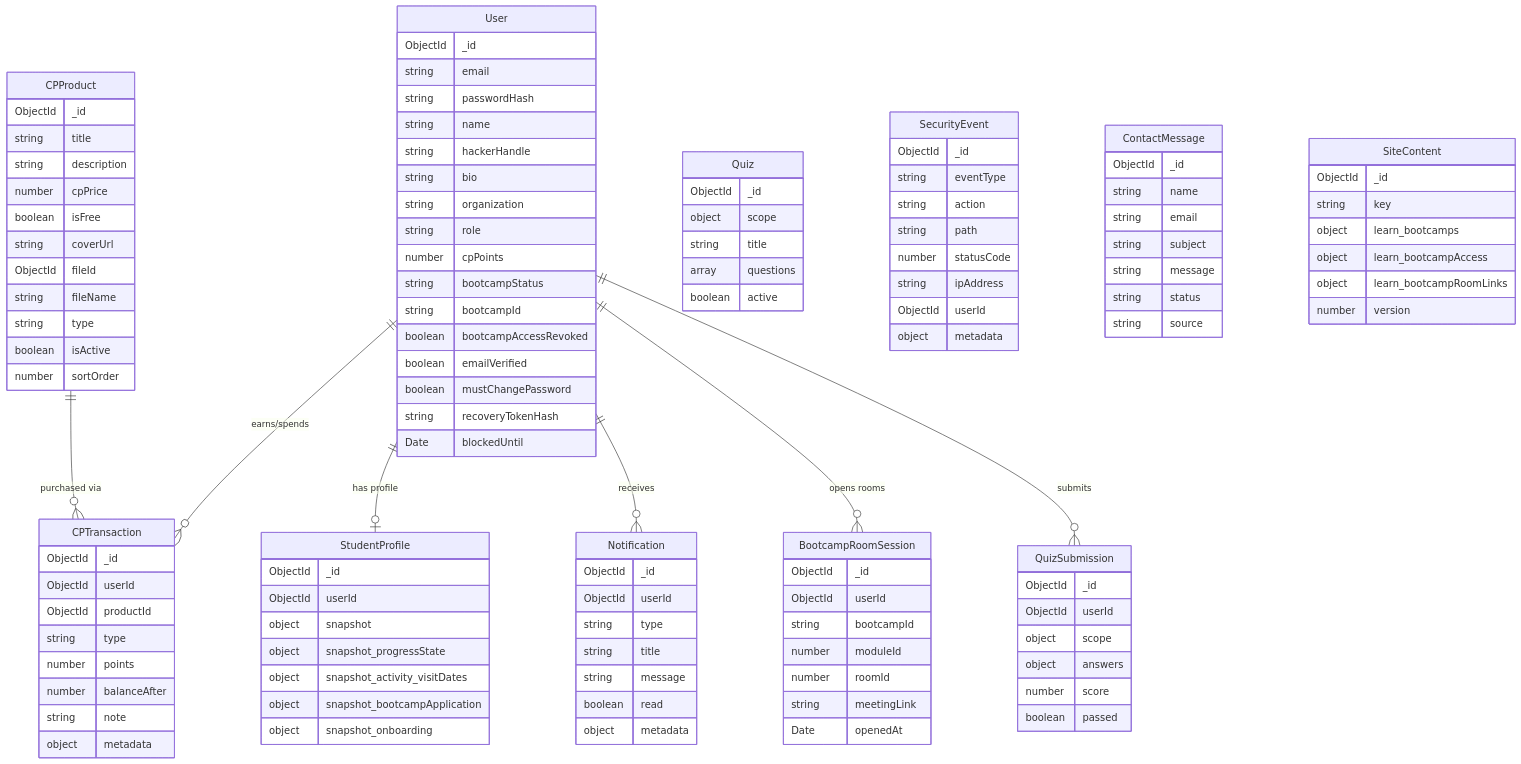
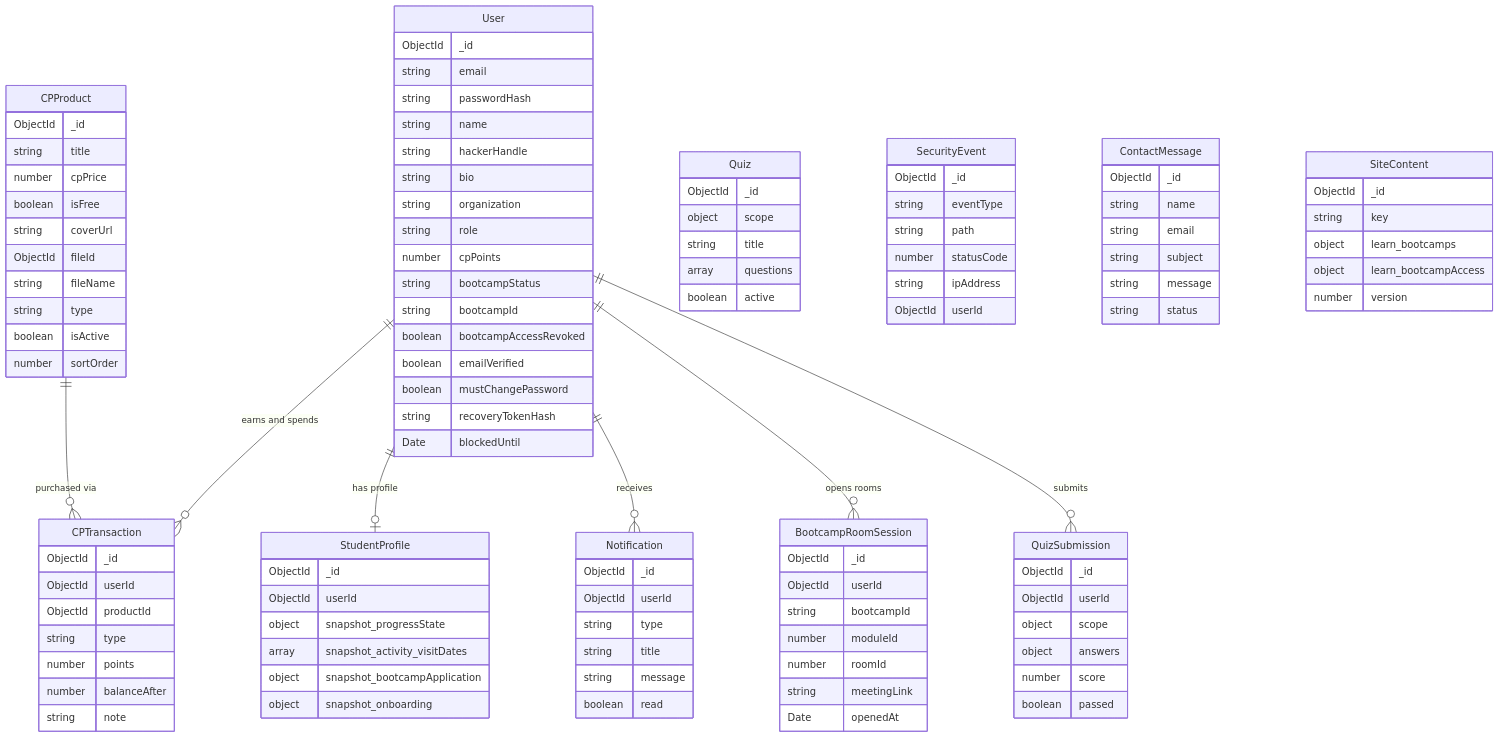
One commit to HSOCIETY-OFFSEC/hsociety-frontend changed the seventh of 10 diagrams in ARCHITECTURE.md. Above: the diagram before and after it, drawn with Mermaid. The commit also changed other lines of this file, not shown here.

Commit message:
fix: architecture diagrams — fix all Mermaid lexical errors, remove backslash-n in labels

```diff
--- a/ARCHITECTURE.md
+++ b/ARCHITECTURE.md
@@ -270,9 +288,8 @@
     StudentProfile {
         ObjectId _id
         ObjectId userId
-        object snapshot
         object snapshot_progressState
-        object snapshot_activity_visitDates
+        array snapshot_activity_visitDates
         object snapshot_bootcampApplication
         object snapshot_onboarding
     }
@@ -285,13 +302,11 @@
         number points
         number balanceAfter
         string note
-        object metadata
     }
 
     CPProduct {
         ObjectId _id
         string title
-        string description
         number cpPrice
         boolean isFree
         string coverUrl
@@ -309,7 +324,6 @@
         string title
         string message
         boolean read
-        object metadata
     }
 
     BootcampRoomSession {
@@ -342,12 +356,10 @@
     SecurityEvent {
         ObjectId _id
         string eventType
-        string action
         string path
         number statusCode
         string ipAddress
         ObjectId userId
-        object metadata
     }
 
     ContactMessage {
@@ -357,7 +369,6 @@
         string subject
         string message
         string status
-        string source
     }
 
     SiteContent {
@@ -365,11 +376,10 @@
         string key
         object learn_bootcamps
         object learn_bootcampAccess
-        object learn_bootcampRoomLinks
         number version
     }
 
-    User ||--o{ CPTransaction : "earns/spends"
+    User ||--o{ CPTransaction : "earns and spends"
     User ||--o| StudentProfile : "has profile"
     User ||--o{ Notification : "receives"
     User ||--o{ BootcampRoomSession : "opens rooms"
```
